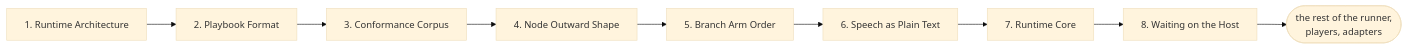
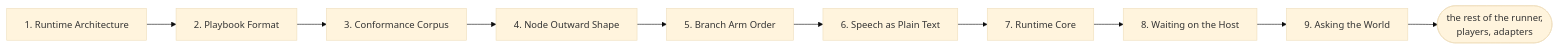
Before and after one commit to pengzhengyi/dialoguedown: the second of 4 diagrams in docs/contributing/design-notes/README.md, drawn with Mermaid (base theme). The commit also changed other lines of this file and 86 other files, not shown here.

First line of the commit message:
feat(runtime): ask the world, and let its answers decide what a run says and where it goes (#516)

````diff
--- a/docs/contributing/design-notes/README.md
+++ b/docs/contributing/design-notes/README.md
@@ -111,11 +111,12 @@
 ```mermaid
 flowchart LR
     RA["1. Runtime Architecture"] --> PF["2. Playbook Format"]
     PF --> CC["3. Conformance Corpus"]
     CC --> NOS["4. Node Outward Shape"]
     NOS --> BAO["5. Branch Arm Order"]
     BAO --> SPT["6. Speech as Plain Text"]
     SPT --> RC["7. Runtime Core"]
     RC --> WT["8. Waiting on the Host"]
-    WT --> RUN(["the rest of the runner,<br/>players, adapters"])
+    WT --> AW["9. Asking the World"]
+    AW --> RUN(["the rest of the runner,<br/>players, adapters"])
 ```
````
